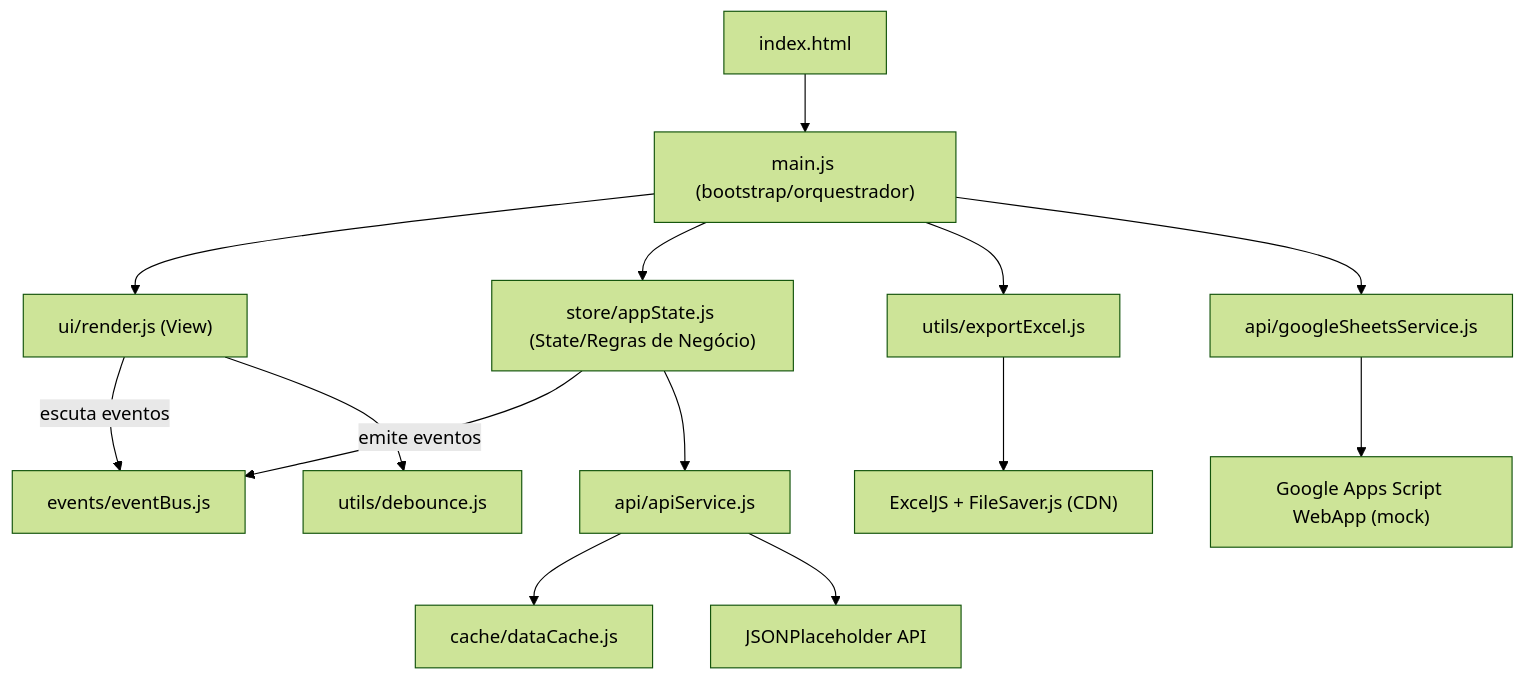
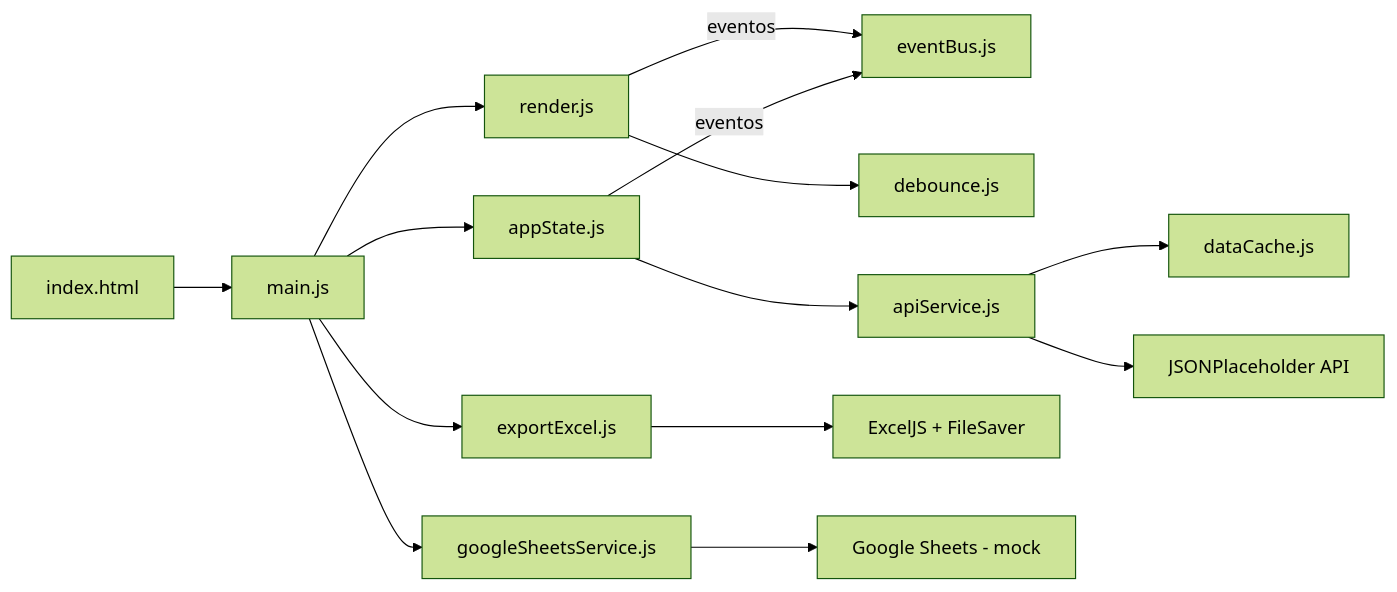
One commit to Marcus-luz/desafio-event-driven changed the first of 2 diagrams in README.md. Above: the diagram before and after it, drawn with Mermaid (forest theme). The commit also changed other lines of this file, not shown here.

Commit message:
docs: Atualização da  README com arquitetura, fluxo de eventos e decisões técnicas

````diff
--- a/README.md
+++ b/README.md
@@ -26,16 +26,19 @@
 ```mermaid
-graph TD
-    A["index.html"] --> B["main.js (bootstrap/orquestrador)"]
-    B --> C["ui/render.js (View)"]
-    B --> D["store/appState.js (State/Regras de Negócio)"]
-    C -- "escuta eventos" --> E["events/eventBus.js"]
-    D -- "emite eventos" --> E
-    D --> F["api/apiService.js"]
-    F --> G["cache/dataCache.js"]
-    F --> H["JSONPlaceholder API"]
-    C --> I["utils/debounce.js"]
-    B --> J["utils/exportExcel.js"]
-    J --> K["ExcelJS + FileSaver.js (CDN)"]
-    B --> L["api/googleSheetsService.js"]
-    L --> M["Google Apps Script WebApp (mock)"]
+graph LR
+    A[index.html] --> B[main.js]
+    B --> C[render.js]
+    B --> D[appState.js]
+    B --> J[exportExcel.js]
+    B --> L[googleSheetsService.js]
+
+    C -- eventos --> E[eventBus.js]
+    D -- eventos --> E
+    C --> I[debounce.js]
+
+    D --> F[apiService.js]
+    F --> G[dataCache.js]
+    F --> H[JSONPlaceholder API]
+
+    J --> K[ExcelJS + FileSaver]
+    L --> M[Google Sheets - mock]
 ```
````
